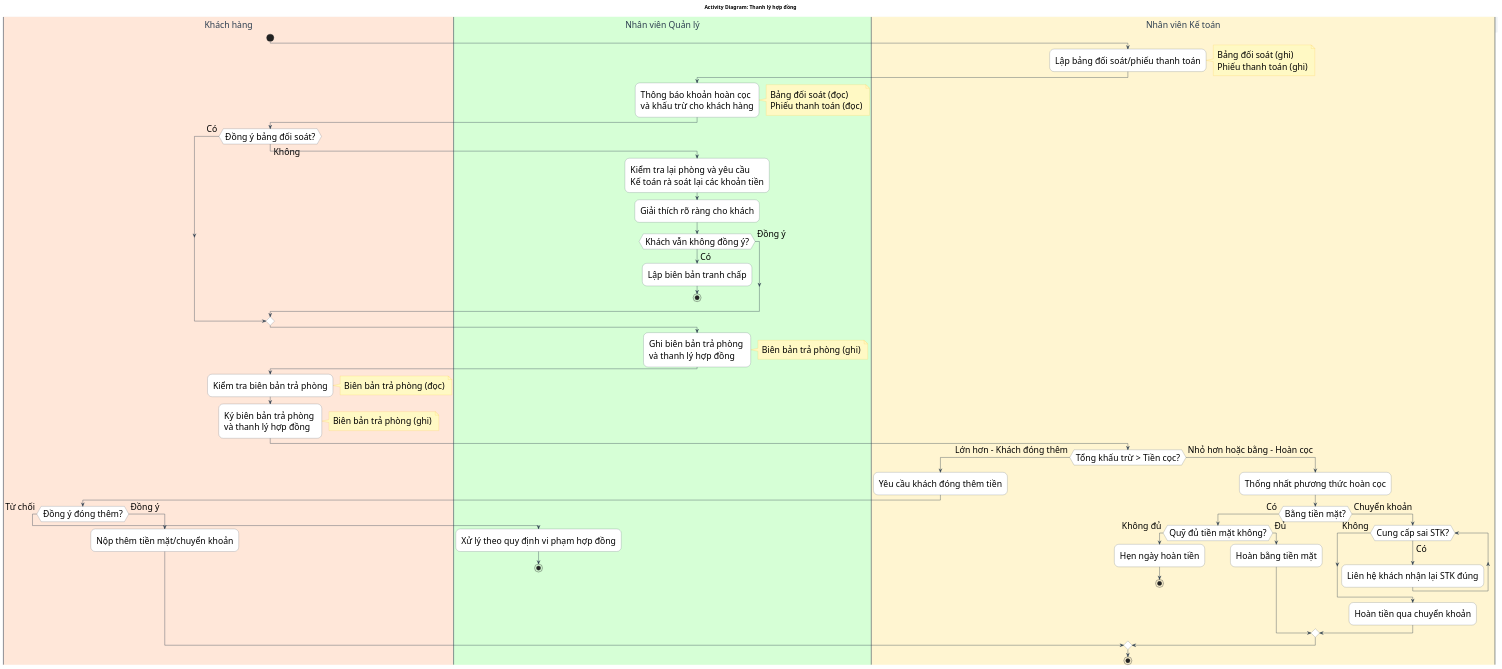
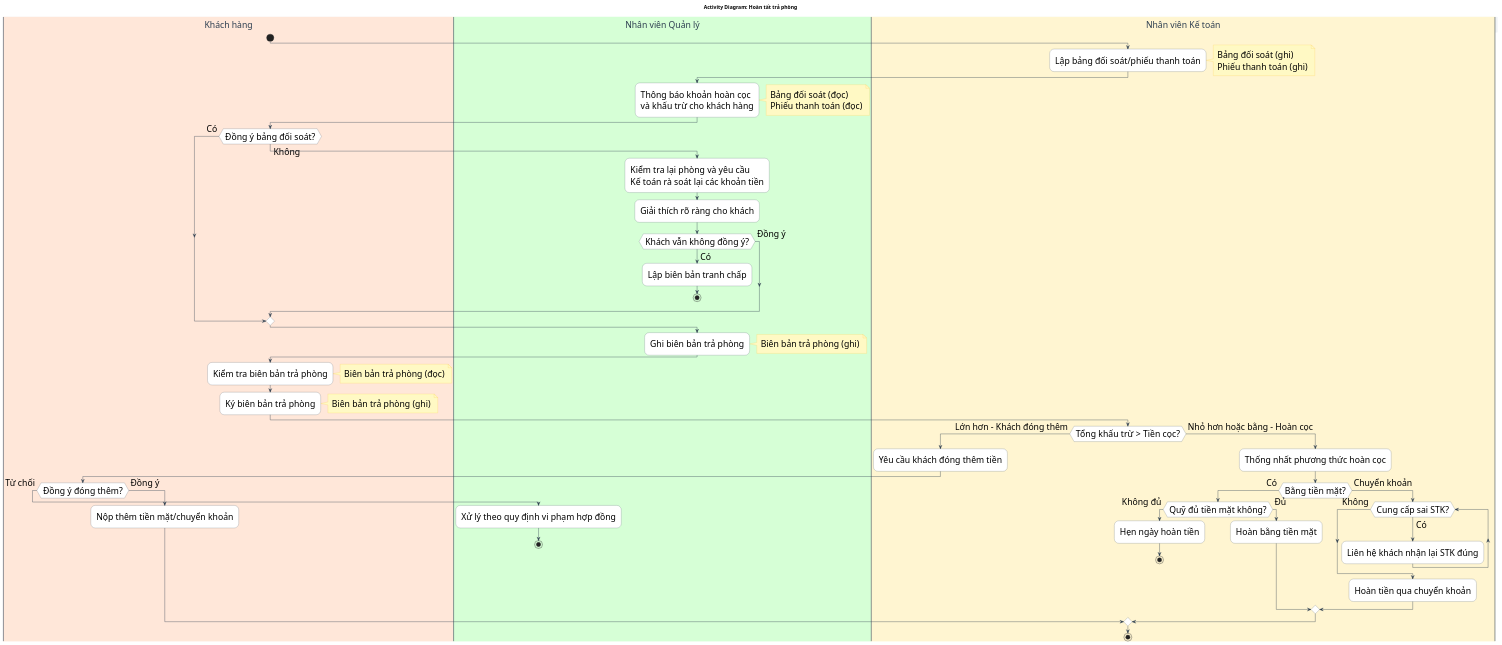
The diagram in doc/business/activity/thanh_ly_hop_dong.wsd (Gnourt812005/HCMUS-Analyze-and-desgin-IS), drawn with PlantUML before and after one commit. The commit also changed 10 other files, not shown here.

```diff
--- a/doc/business/activity/thanh_ly_hop_dong.wsd
+++ b/doc/business/activity/thanh_ly_hop_dong.wsd
@@ -1,113 +1,113 @@
 @startuml Activity_ThanhLyHopDong
-title Activity Diagram: Thanh lý hợp đồng
+title Activity Diagram: Hoàn tất trả phòng
 
 ' --- STYLE CONFIGURATION ---
 skinparam {
     ActivityBackgroundColor White
     ActivityBorderColor #2D3E50
     ArrowColor #2D3E50
     DefaultFontName "Arial"
     DefaultFontSize 24
     Padding 5
 
     ' Swimlane styling
     SwimlaneBorderColor #2D3E50
     SwimlaneTitleBackgroundColor #F1F3F5
     SwimlaneTitleFontSize 24
     SwimlaneTitleFontColor #2D3E50
     
     ' Note styling
     NoteBackgroundColor #FFF9C4
     NoteBorderColor #FBC02D
     NoteFontSize 24
 }
 
 ' --- SWIMLANES ---
 |#FFE7D9|Khách hàng|
 |#D6FFD6|Nhân viên Quản lý|
 |#FFF5D1|Nhân viên Kế toán|
 
 
 ' Start
 |Khách hàng|
 start
 
 |Nhân viên Kế toán|
 :Lập bảng đối soát/phiếu thanh toán;
 note right
     Bảng đối soát (ghi)
     Phiếu thanh toán (ghi)
 end note
 
 |Nhân viên Quản lý|
 :Thông báo khoản hoàn cọc \nvà khấu trừ cho khách hàng;
 note right
     Bảng đối soát (đọc)
     Phiếu thanh toán (đọc)
 end note
 
 |Khách hàng|
 if (Đồng ý bảng đối soát?) then (Không)
     |Nhân viên Quản lý|
     :Kiểm tra lại phòng và yêu cầu \nKế toán rà soát lại các khoản tiền;
     :Giải thích rõ ràng cho khách;
     if (Khách vẫn không đồng ý?) then (Có)
         :Lập biên bản tranh chấp;
         stop
     else (Đồng ý)
     endif
 else (Có)
 endif
 
 |Nhân viên Quản lý|
-:Ghi biên bản trả phòng \nvà thanh lý hợp đồng;
+:Ghi biên bản trả phòng;
 note right
     Biên bản trả phòng (ghi)
 end note
 
 |Khách hàng|
 :Kiểm tra biên bản trả phòng;
 note right
     Biên bản trả phòng (đọc)
 end note
 
-:Ký biên bản trả phòng \nvà thanh lý hợp đồng;
+:Ký biên bản trả phòng;
 note right
     Biên bản trả phòng (ghi)
 end note
 
 |Nhân viên Kế toán|
 if (Tổng khấu trừ > Tiền cọc?) then (Lớn hơn - Khách đóng thêm)
     :Yêu cầu khách đóng thêm tiền;
     
     |Khách hàng|
     if (Đồng ý đóng thêm?) then (Từ chối)
         |Nhân viên Quản lý|
         :Xử lý theo quy định vi phạm hợp đồng;
         stop
     else (Đồng ý)
         |Khách hàng|
         :Nộp thêm tiền mặt/chuyển khoản;
     endif
 
 else (Nhỏ hơn hoặc bằng - Hoàn cọc)
     |Nhân viên Kế toán|
     :Thống nhất phương thức hoàn cọc;
     
     if (Bằng tiền mặt?) then (Có)
         if (Quỹ đủ tiền mặt không?) then (Không đủ)
             :Hẹn ngày hoàn tiền;
             stop
         else (Đủ)
             :Hoàn bằng tiền mặt;
         endif
     else (Chuyển khoản)
         while (Cung cấp sai STK?) is (Có)
             :Liên hệ khách nhận lại STK đúng;
         endwhile (Không)
         :Hoàn tiền qua chuyển khoản;
     endif
 endif
 stop
 
 @enduml
```
